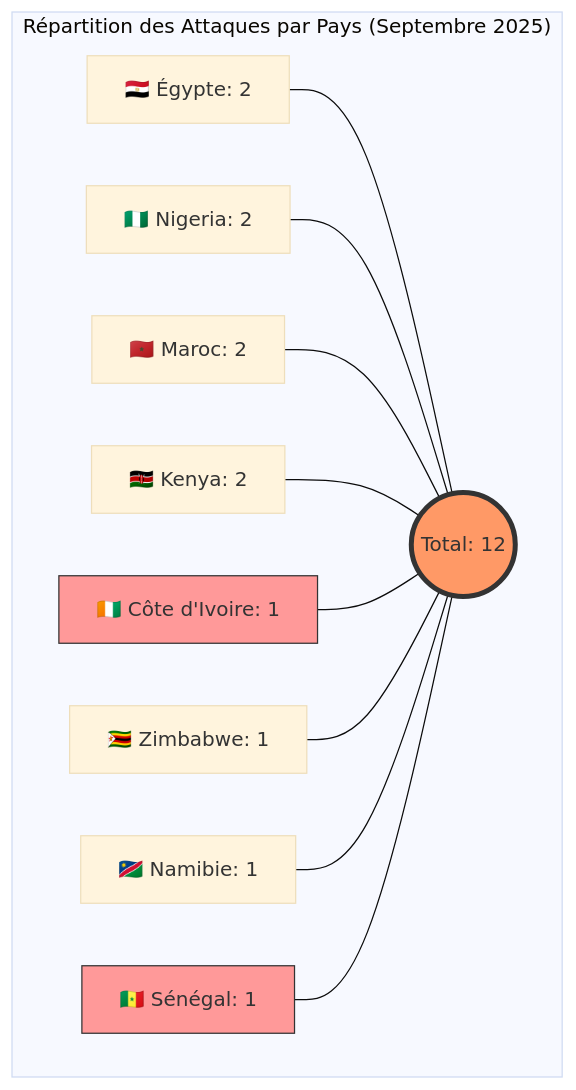
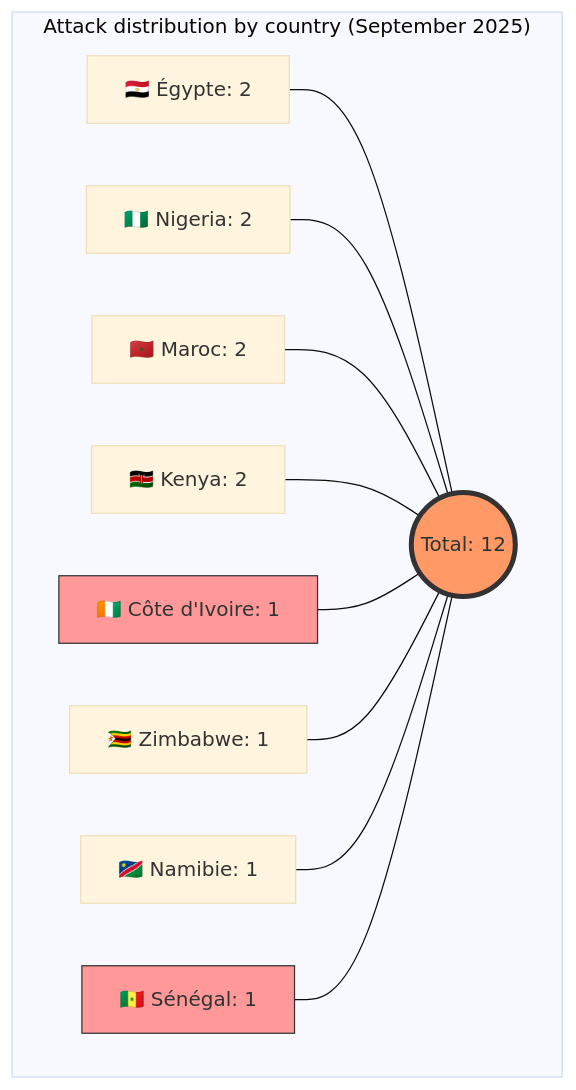
Before and after one commit to Hatchepsoute/AFRINTEL: the second of 3 diagrams in 2025/september/report/README.md, drawn with Mermaid (base theme). The commit also changed 1 other file, not shown here.

Commit message:
Rapport de cyberttaque Septembre 2025 - versions FR/EN & rapport CTI Janvier et Février 2026

````diff
--- a/2025/september/report/README.md
+++ b/2025/september/report/README.md
@@ -84,17 +84,17 @@
 ```mermaid
 graph TD
-    subgraph "Répartition des Attaques par Pays (Septembre 2025)"
+    subgraph "Attack distribution by country (September 2025)"
     EG[🇪🇬 Égypte: 2] --- Total((Total: 12))
     NG[🇳🇬 Nigeria: 2] --- Total
     MA[🇲🇦 Maroc: 2] --- Total
     KE[🇰🇪 Kenya: 2] --- Total
     CI[🇨🇮 Côte d'Ivoire: 1] --- Total
     ZW[🇿🇼 Zimbabwe: 1] --- Total
     NA[🇳🇦 Namibie: 1] --- Total
     SN[🇸🇳 Sénégal: 1] --- Total
     end
 
     style Total fill:#f96,stroke:#333,stroke-width:4px
     style SN fill:#ff9999,stroke:#333
     style CI fill:#ff9999,stroke:#333
 ```
````
